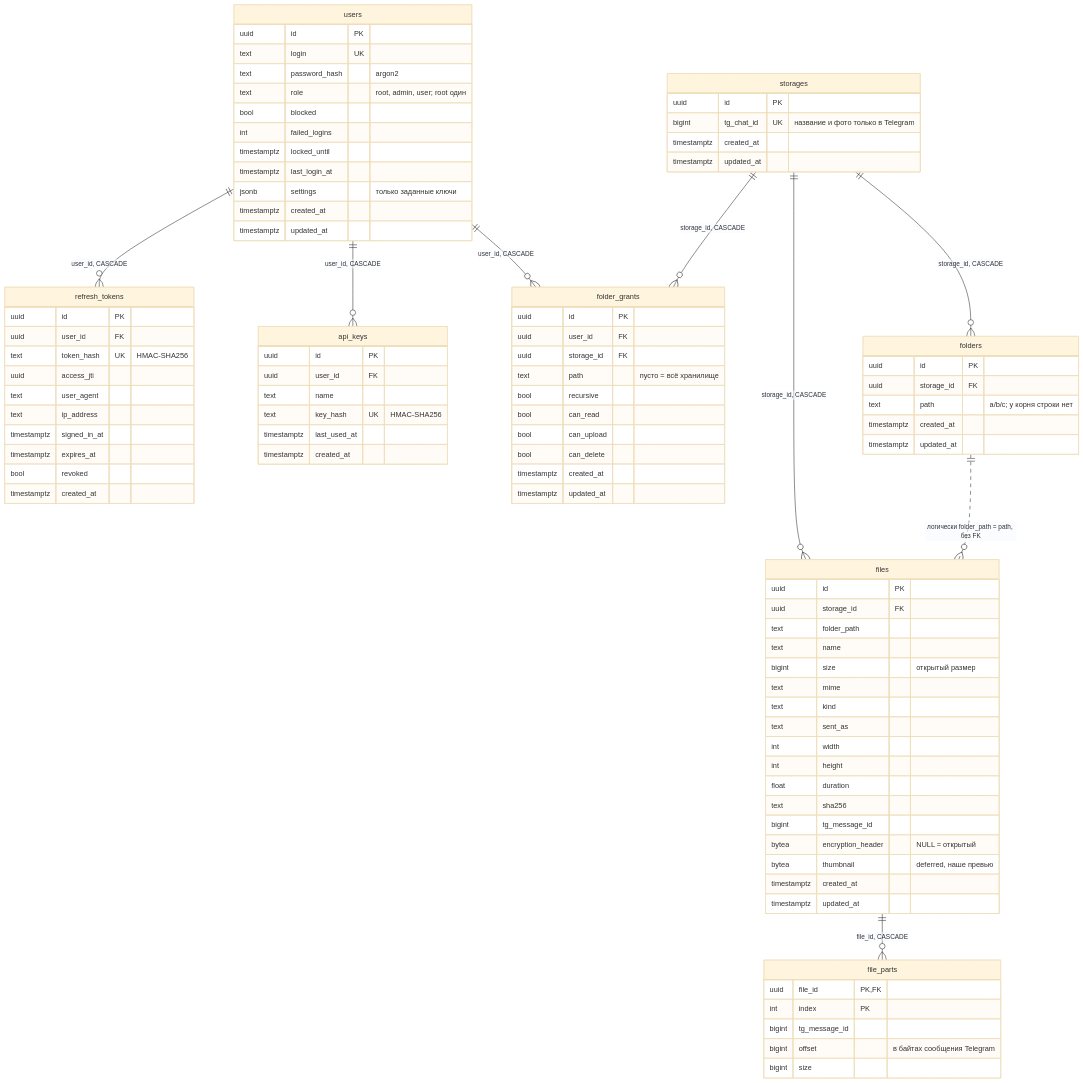
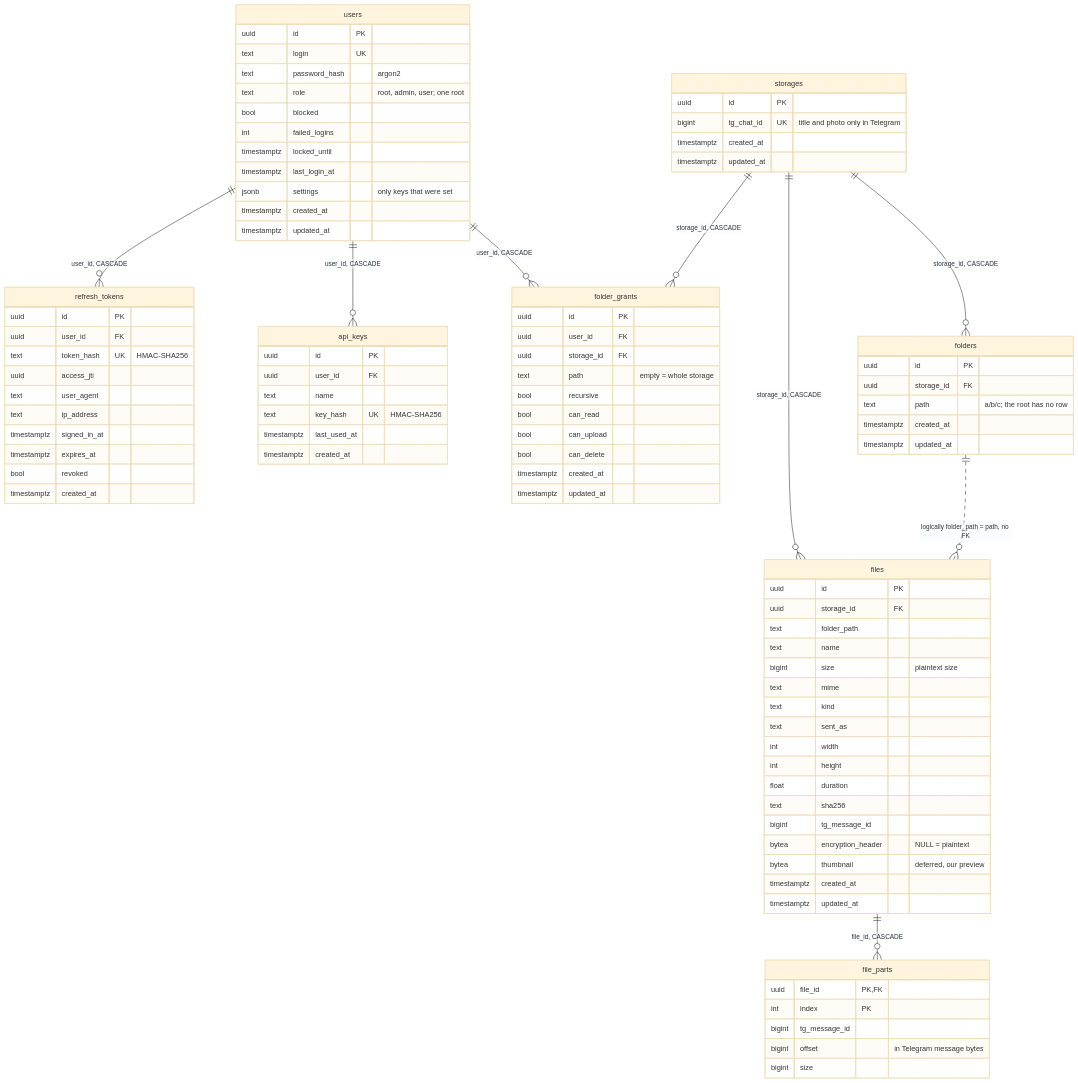
The diagram in docs/database.md (NikitkaZXC/tcloud-backend), drawn with Mermaid (base theme) before and after one commit. The commit also changed other lines of this file and 20 other files, not shown here.

````diff
--- a/docs/database.md
+++ b/docs/database.md
@@ -14,18 +14,18 @@
     storages ||--o{ folders : "storage_id, CASCADE"
     storages ||--o{ files : "storage_id, CASCADE"
     files ||--o{ file_parts : "file_id, CASCADE"
-    folders ||..o{ files : "логически folder_path = path, без FK"
+    folders ||..o{ files : "logically folder_path = path, no FK"
 
     users {
         uuid id PK
         text login UK
         text password_hash "argon2"
-        text role "root, admin, user; root один"
+        text role "root, admin, user; one root"
         bool blocked
         int failed_logins
         timestamptz locked_until
         timestamptz last_login_at
-        jsonb settings "только заданные ключи"
+        jsonb settings "only keys that were set"
         timestamptz created_at
         timestamptz updated_at
     }
@@ -53,7 +53,7 @@
         uuid id PK
         uuid user_id FK
         uuid storage_id FK
-        text path "пусто = всё хранилище"
+        text path "empty = whole storage"
         bool recursive
         bool can_read
         bool can_upload
@@ -63,14 +63,14 @@
     }
     storages {
         uuid id PK
-        bigint tg_chat_id UK "название и фото только в Telegram"
+        bigint tg_chat_id UK "title and photo only in Telegram"
         timestamptz created_at
         timestamptz updated_at
     }
     folders {
         uuid id PK
         uuid storage_id FK
-        text path "a/b/c; у корня строки нет"
+        text path "a/b/c; the root has no row"
         timestamptz created_at
         timestamptz updated_at
     }
@@ -79,7 +79,7 @@
         uuid storage_id FK
         text folder_path
         text name
-        bigint size "открытый размер"
+        bigint size "plaintext size"
         text mime
         text kind
         text sent_as
@@ -88,8 +88,8 @@
         float duration
         text sha256
         bigint tg_message_id
-        bytea encryption_header "NULL = открытый"
-        bytea thumbnail "deferred, наше превью"
+        bytea encryption_header "NULL = plaintext"
+        bytea thumbnail "deferred, our preview"
         timestamptz created_at
         timestamptz updated_at
     }
@@ -97,7 +97,7 @@
         uuid file_id PK,FK
         int index PK
         bigint tg_message_id
-        bigint offset "в байтах сообщения Telegram"
+        bigint offset "in Telegram message bytes"
         bigint size
     }
 ```
````
